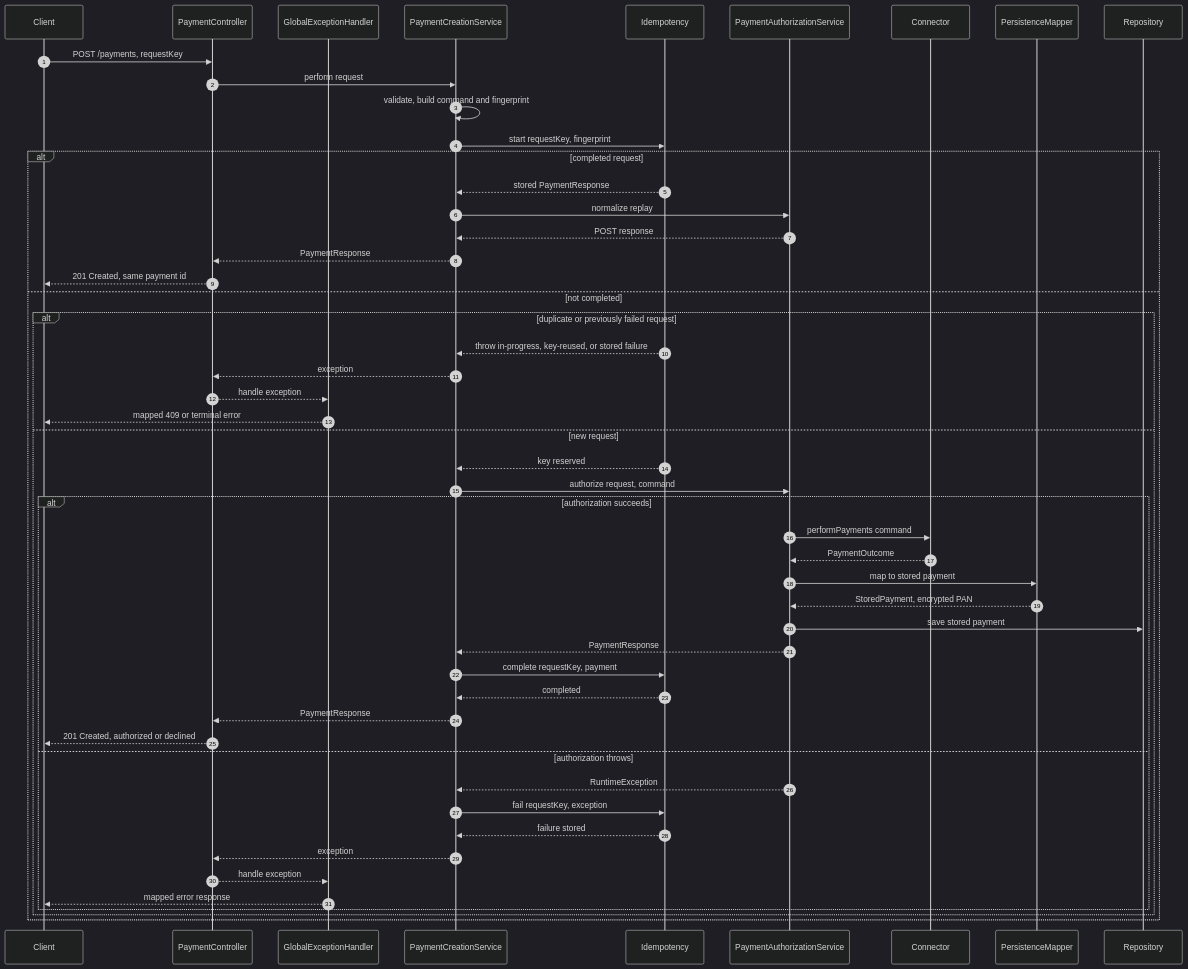
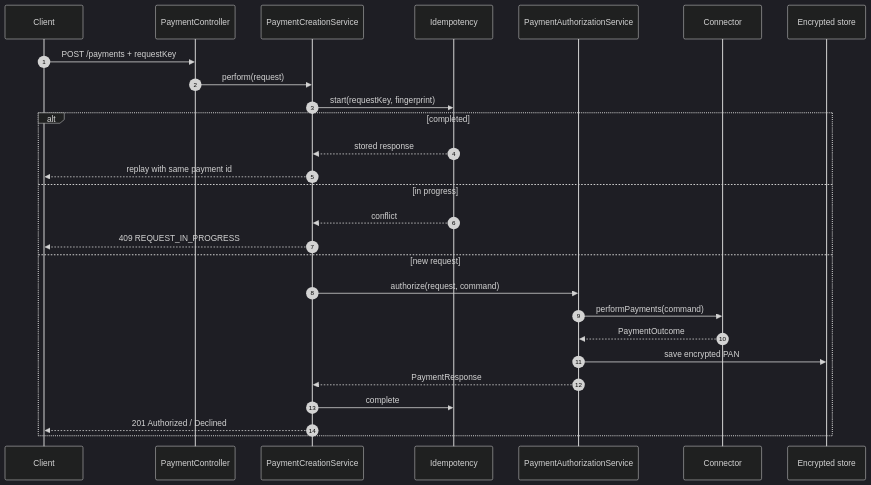
One commit to huyoyo/payment-gateway-challenge-java changed the second of 2 diagrams in README.md. Above: the diagram before and after it, drawn with Mermaid (dark theme). The commit also changed other lines of this file and 45 other files, not shown here.

````diff
--- a/README.md
+++ b/README.md
@@ -202,55 +74,30 @@
 ```mermaid
 sequenceDiagram
-autonumber
-participant C as Client
-participant Ctl as PaymentController
-participant Advice as GlobalExceptionHandler
-participant Creation as PaymentCreationService
-participant I as Idempotency
-participant Auth as PaymentAuthorizationService
-participant Bank as Connector
-participant Map as PersistenceMapper
-participant Repo as Repository
+    autonumber
+    participant C as Client
+    participant Ctl as PaymentController
+    participant Creation as PaymentCreationService
+    participant I as Idempotency
+    participant Auth as PaymentAuthorizationService
+    participant Bank as Connector
+    participant Store as Encrypted store
 
-C->>Ctl: POST /payments, requestKey
-Ctl->>Creation: perform request
-Creation->>Creation: validate, build command and fingerprint
-Creation->>I: start requestKey, fingerprint
-
-alt completed request
-    I-->>Creation: stored PaymentResponse
-    Creation->>Auth: normalize replay
-    Auth-->>Creation: POST response
-    Creation-->>Ctl: PaymentResponse
-    Ctl-->>C: 201 Created, same payment id
-else not completed
-    alt duplicate or previously failed request
-        I-->>Creation: throw in-progress, key-reused, or stored failure
-        Creation-->>Ctl: exception
-        Ctl-->>Advice: handle exception
-        Advice-->>C: mapped 409 or terminal error
+    C->>Ctl: POST /payments + requestKey
+    Ctl->>Creation: perform(request)
+    Creation->>I: start(requestKey, fingerprint)
+    alt completed
+        I-->>Creation: stored response
+        Creation-->>C: replay with same payment id
+    else in progress
+        I-->>Creation: conflict
+        Creation-->>C: 409 REQUEST_IN_PROGRESS
     else new request
-        I-->>Creation: key reserved
-        Creation->>Auth: authorize request, command
-        alt authorization succeeds
-            Auth->>Bank: performPayments command
-            Bank-->>Auth: PaymentOutcome
-            Auth->>Map: map to stored payment
-            Map-->>Auth: StoredPayment, encrypted PAN
-            Auth->>Repo: save stored payment
-            Auth-->>Creation: PaymentResponse
-            Creation->>I: complete requestKey, payment
-            I-->>Creation: completed
-            Creation-->>Ctl: PaymentResponse
-            Ctl-->>C: 201 Created, authorized or declined
-        else authorization throws
-            Auth-->>Creation: RuntimeException
-            Creation->>I: fail requestKey, exception
-            I-->>Creation: failure stored
-            Creation-->>Ctl: exception
-            Ctl-->>Advice: handle exception
-            Advice-->>C: mapped error response
-        end
+        Creation->>Auth: authorize(request, command)
+        Auth->>Bank: performPayments(command)
+        Bank-->>Auth: PaymentOutcome
+        Auth->>Store: save encrypted PAN
+        Auth-->>Creation: PaymentResponse
+        Creation->>I: complete
+        Creation-->>C: 201 Authorized / Declined
     end
-end
 ```
````
